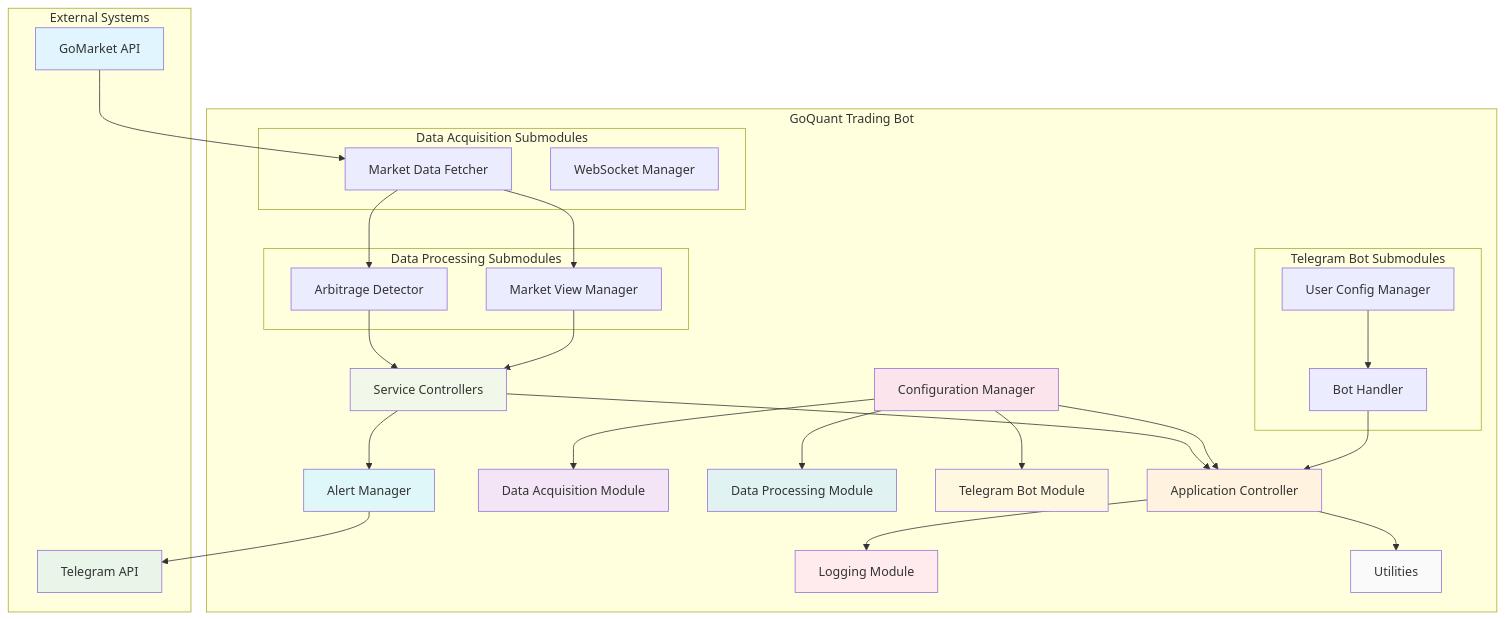
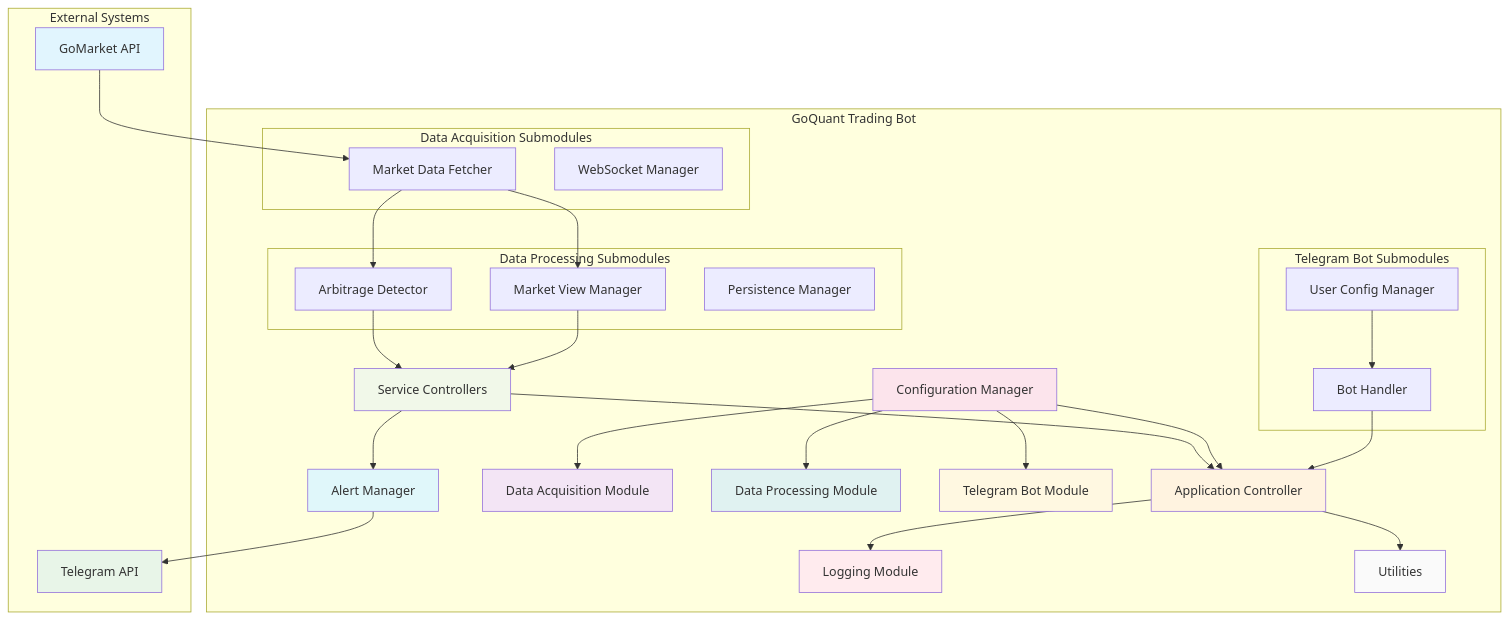
The diagram in docs/system_architecture.md (vishwakarma-31/trading_bot), drawn with Mermaid before and after one commit. The commit also changed other lines of this file and 4 other files, not shown here.

````diff
--- a/docs/system_architecture.md
+++ b/docs/system_architecture.md
@@ -14,63 +14,64 @@
 ```mermaid
 graph TB
     subgraph "External Systems"
         A[GoMarket API]
         B[Telegram API]
     end
 
     subgraph "GoQuant Trading Bot"
         C[Application Controller]
         D[Configuration Manager]
         E[Data Acquisition Module]
         F[Data Processing Module]
         G[Telegram Bot Module]
         H[Service Controllers]
         I[Alert Manager]
         J[Logging Module]
         K[Utilities]
         
         subgraph "Data Processing Submodules"
             F1[Arbitrage Detector]
             F2[Market View Manager]
+            F3[Persistence Manager]
         end
         
         subgraph "Data Acquisition Submodules"
             E1[Market Data Fetcher]
             E2[WebSocket Manager]
         end
         
         subgraph "Telegram Bot Submodules"
             G1[Bot Handler]
             G2[User Config Manager]
         end
     end
 
     A --> E1
     E1 --> F1
     E1 --> F2
     F1 --> H
     F2 --> H
     H --> C
     H --> I
     I --> B
     D --> C
     D --> E
     D --> F
     D --> G
     G1 --> C
     G2 --> G1
     C --> J
     C --> K
 
     style A fill:#e1f5fe
     style B fill:#e8f5e8
     style C fill:#fff3e0
     style D fill:#fce4ec
     style E fill:#f3e5f5
     style F fill:#e0f2f1
     style G fill:#fff8e1
     style H fill:#f1f8e9
     style I fill:#e0f7fa
     style J fill:#ffebee
     style K fill:#fafafa
 ```
````
